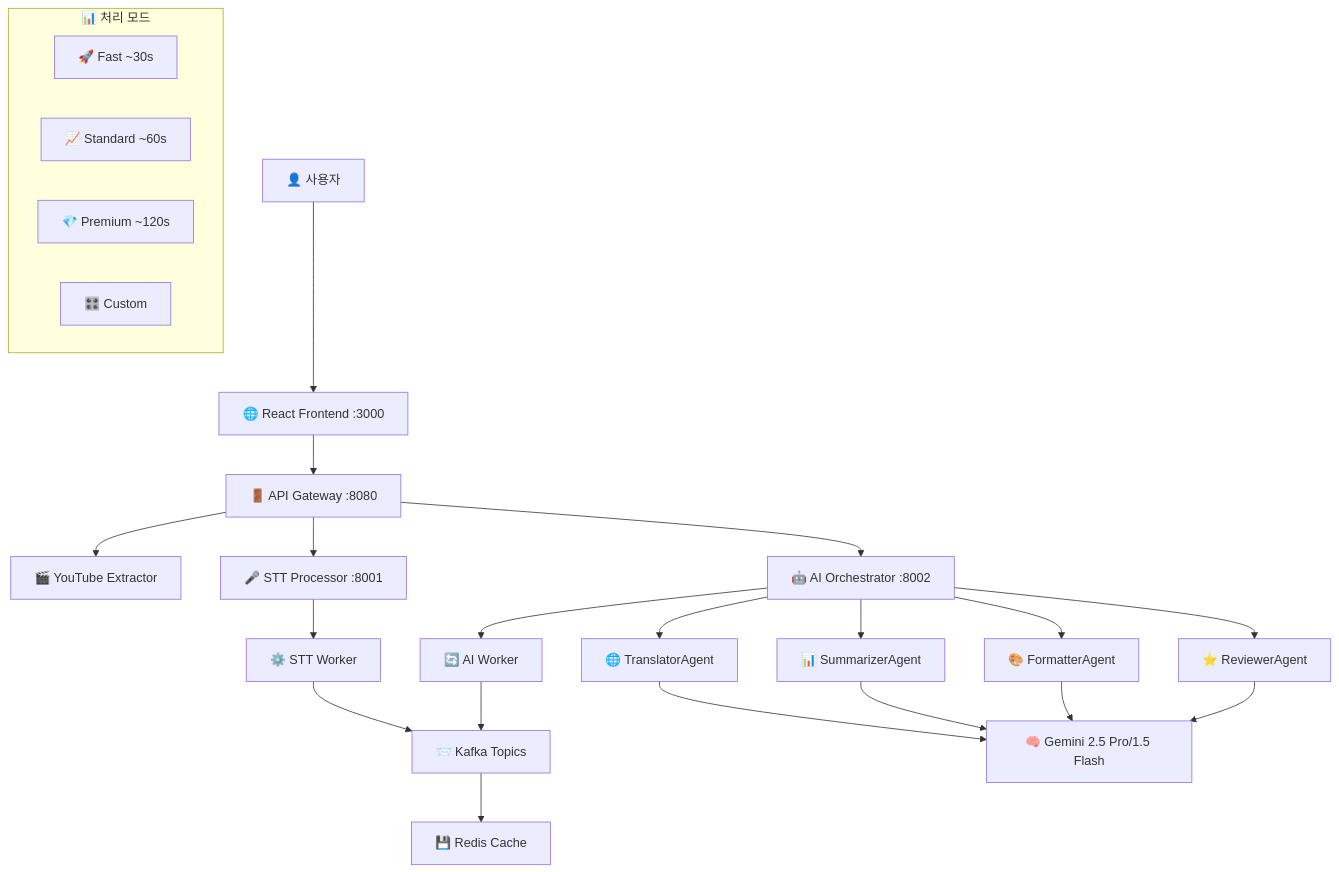
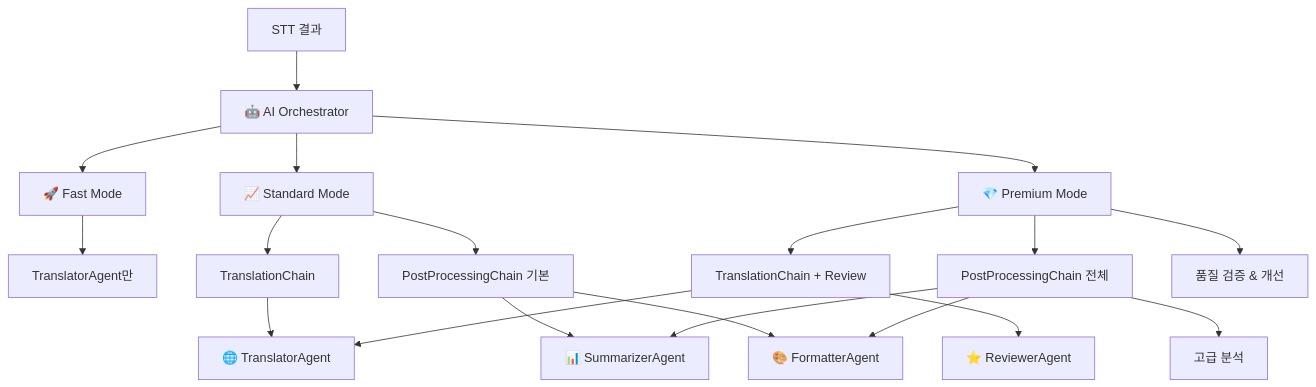
The fifth of 5 diagrams in README.md (soonhong99/youtube-jp-translator), drawn with Mermaid before and after one commit. The commit also changed other lines of this file, not shown here.

````diff
--- a/README.md
+++ b/README.md
@@ -58,33 +340,27 @@
 ```mermaid
 flowchart TD
-    A[👤 사용자] --> B[🌐 React Frontend :3000]
-    B --> C[🚪 API Gateway :8080]
+    A[STT 결과] --> B[🤖 AI Orchestrator]
     
-    C --> D[🎬 YouTube Extractor]
-    C --> E[🎤 STT Processor :8001]  
-    C --> F[🤖 AI Orchestrator :8002]
+    B --> C[🚀 Fast Mode]
+    B --> D[📈 Standard Mode] 
+    B --> E[💎 Premium Mode]
     
-    E --> G[⚙️ STT Worker]
-    F --> H[🔄 AI Worker]
+    C --> F[TranslatorAgent만]
     
-    G --> I[📨 Kafka Topics]
-    H --> I
-    I --> J[💾 Redis Cache]
+    D --> G[TranslationChain]
+    D --> H[PostProcessingChain 기본]
     
-    F --> K[🌐 TranslatorAgent]
-    F --> L[📊 SummarizerAgent]
-    F --> M[🎨 FormatterAgent] 
-    F --> N[⭐ ReviewerAgent]
+    E --> I[TranslationChain + Review]
+    E --> J[PostProcessingChain 전체]
+    E --> K[품질 검증 & 개선]
     
-    K --> O[🧠 Gemini 2.5 Pro/1.5 Flash]
-    L --> O
-    M --> O
-    N --> O
+    G --> L[🌐 TranslatorAgent]
+    H --> M[📊 SummarizerAgent]
+    H --> N[🎨 FormatterAgent]
     
-    subgraph "📊 처리 모드"
-        P[🚀 Fast ~30s]
-        Q[📈 Standard ~60s]
-        R[💎 Premium ~120s]
-        S[🎛️ Custom]
-    end
+    I --> L
+    I --> O[⭐ ReviewerAgent]
+    J --> M
+    J --> N
+    J --> P[고급 분석]
 ```
````
